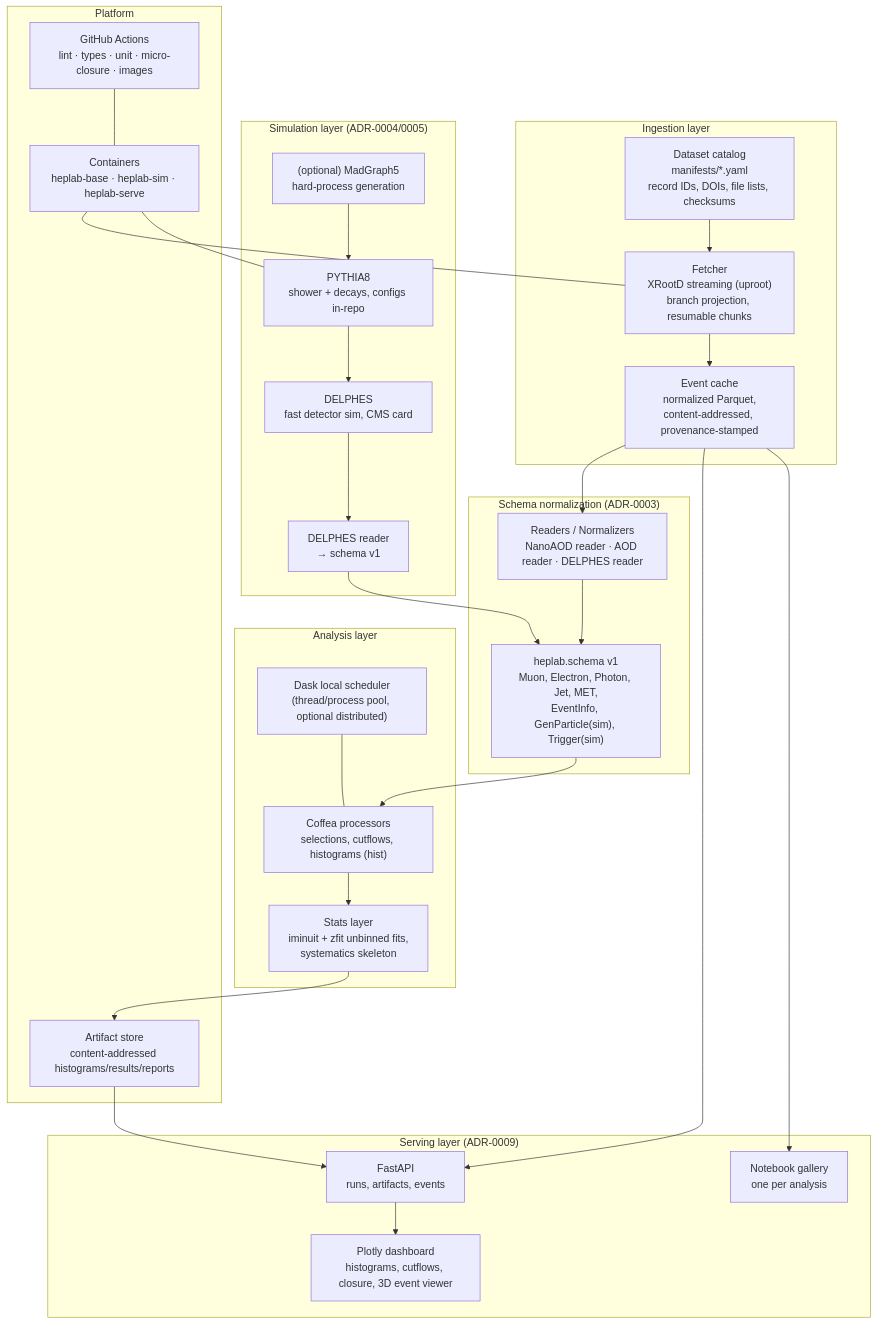
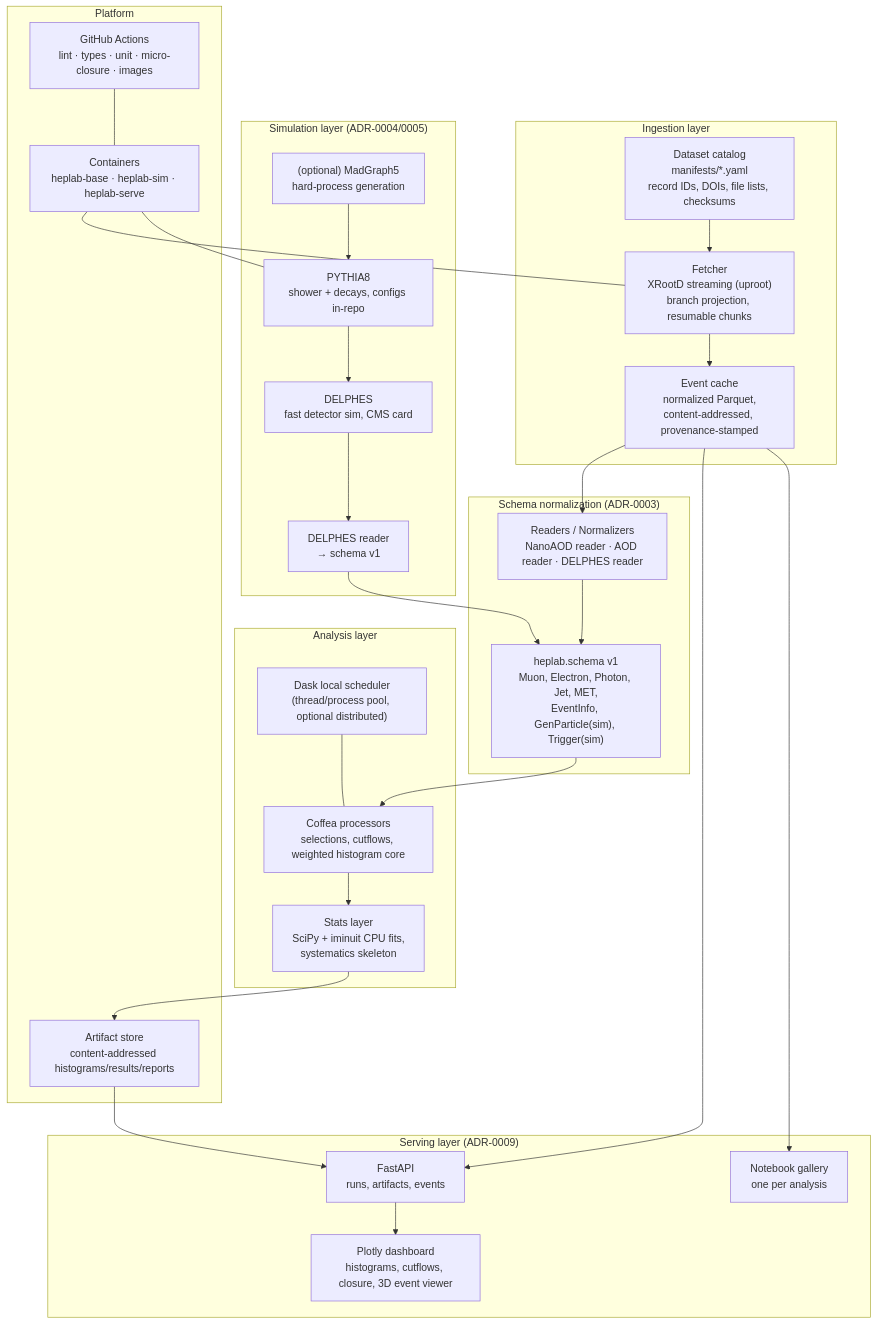
One commit to adian007/HEPLab changed the second of 2 diagrams in docs/ARCHITECTURE.md. Above: the diagram before and after it, drawn with Mermaid. The commit also changed other lines of this file and 260 other files, not shown here.

````diff
--- a/docs/ARCHITECTURE.md
+++ b/docs/ARCHITECTURE.md
@@ -43,52 +43,52 @@
 ```mermaid
 flowchart TB
     subgraph ingestion["Ingestion layer"]
         MAN["Dataset catalog\nmanifests/*.yaml\nrecord IDs, DOIs, file lists, checksums"]
         FETCH["Fetcher\nXRootD streaming (uproot)\nbranch projection, resumable chunks"]
         CACHE["Event cache\nnormalized Parquet,\ncontent-addressed, provenance-stamped"]
     end
 
     subgraph normalize["Schema normalization (ADR-0003)"]
         RN["Readers / Normalizers\nNanoAOD reader · AOD reader · DELPHES reader"]
         SCHEMA["heplab.schema v1\nMuon, Electron, Photon, Jet, MET,\nEventInfo, GenParticle(sim), Trigger(sim)"]
     end
 
     subgraph processing["Analysis layer"]
-        PROC["Coffea processors\nselections, cutflows, histograms (hist)"]
+        PROC["Coffea processors\nselections, cutflows, weighted histogram core"]
         DASK["Dask local scheduler\n(thread/process pool, optional distributed)"]
-        FIT["Stats layer\niminuit + zfit unbinned fits,\nsystematics skeleton"]
+        FIT["Stats layer\nSciPy + iminuit CPU fits,\nsystematics skeleton"]
     end
 
     subgraph sim["Simulation layer (ADR-0004/0005)"]
         MG["(optional) MadGraph5\nhard-process generation"]
         PY8["PYTHIA8\nshower + decays, configs in-repo"]
         DEL["DELPHES\nfast detector sim, CMS card"]
         SIMR["DELPHES reader\n→ schema v1"]
     end
 
     subgraph serving["Serving layer (ADR-0009)"]
         API["FastAPI\nruns, artifacts, events"]
         DASH["Plotly dashboard\nhistograms, cutflows, closure, 3D event viewer"]
         NB["Notebook gallery\none per analysis"]
     end
 
     subgraph infra["Platform"]
         CI["GitHub Actions\nlint · types · unit · micro-closure · images"]
         IMG["Containers\nheplab-base · heplab-sim · heplab-serve"]
         ART["Artifact store\ncontent-addressed histograms/results/reports"]
     end
 
     MAN --> FETCH --> CACHE
     CACHE --> RN --> SCHEMA
     PY8 --> DEL --> SIMR --> SCHEMA
     MG --> PY8
     SCHEMA --> PROC
     DASK --- PROC
     PROC --> FIT --> ART
     ART --> API --> DASH
     CACHE --> API
     CACHE --> NB
     CI --- IMG
     IMG --- FETCH
     IMG --- PY8
 ```
````
